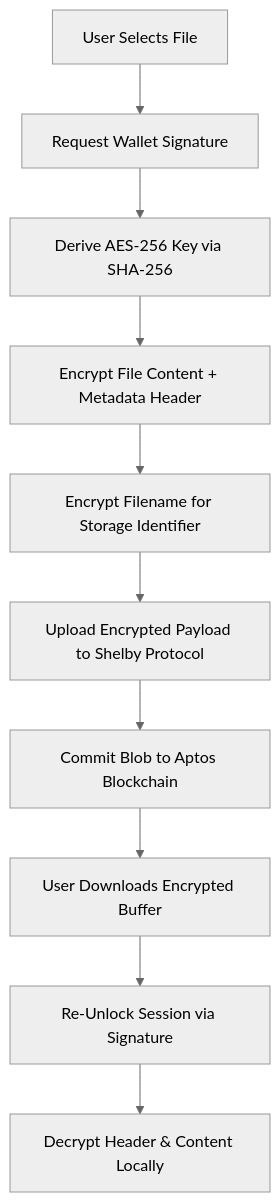
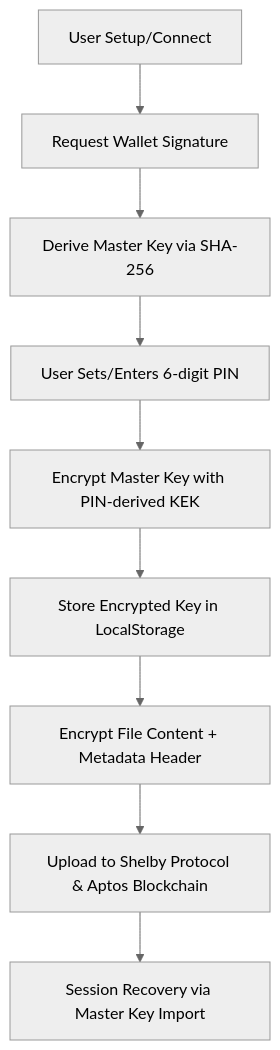
One commit to Zaynsky12/soobinvault changed the diagram in README.md. Above: the diagram before and after it, drawn with Mermaid (neutral theme). The commit also changed other lines of this file, not shown here.

Commit message:
Documentation: Updated README.md with latest security features, technical architecture, and integration guide

````diff
--- a/README.md
+++ b/README.md
@@ -23,12 +25,11 @@
 ```mermaid
 graph TD
-    A[User Selects File] --> B[Request Wallet Signature]
-    B --> C[Derive AES-256 Key via SHA-256]
-    C --> D[Encrypt File Content + Metadata Header]
-    D --> E[Encrypt Filename for Storage Identifier]
-    E --> F[Upload Encrypted Payload to Shelby Protocol]
-    F --> G[Commit Blob to Aptos Blockchain]
-    G --> H[User Downloads Encrypted Buffer]
-    H --> I[Re-Unlock Session via Signature]
-    I --> J[Decrypt Header & Content Locally]
+    A[User Setup/Connect] --> B[Request Wallet Signature]
+    B --> C[Derive Master Key via SHA-256]
+    C --> D[User Sets/Enters 6-digit PIN]
+    D --> E[Encrypt Master Key with PIN-derived KEK]
+    E --> F[Store Encrypted Key in LocalStorage]
+    F --> G[Encrypt File Content + Metadata Header]
+    G --> H[Upload to Shelby Protocol & Aptos Blockchain]
+    H --> I[Session Recovery via Master Key Import]
 ```
````
